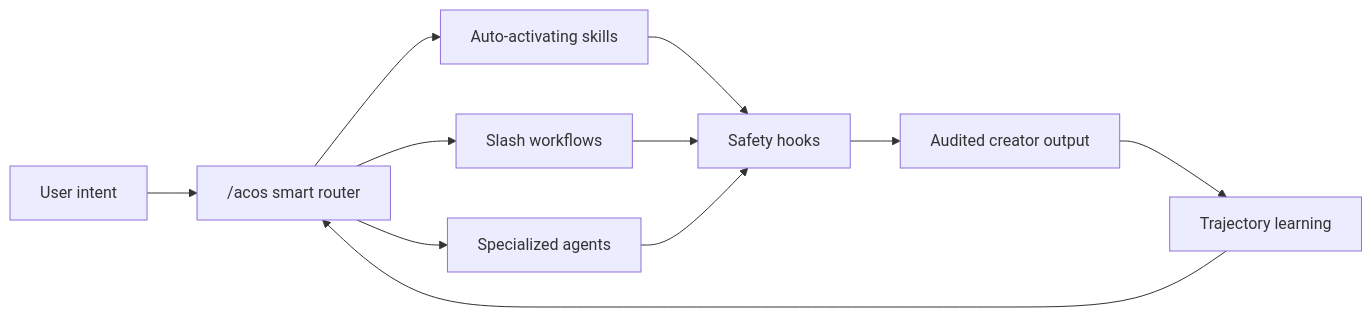
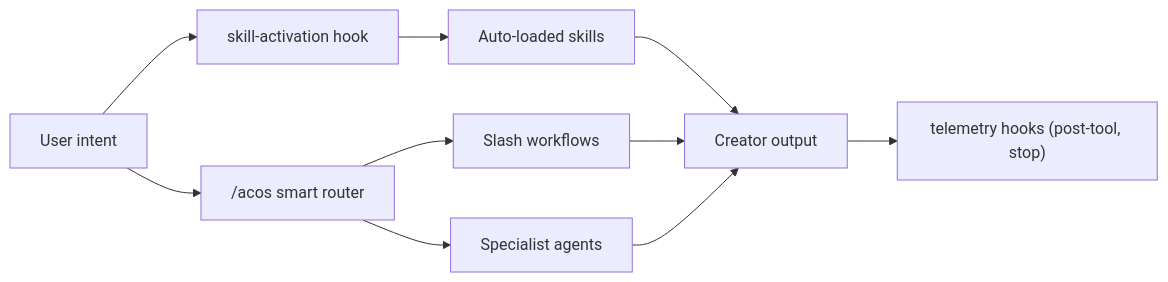
One commit to frankxai/agentic-creator-os changed the diagram in README.md. Above: the diagram before and after it, drawn with Mermaid. The commit also changed other lines of this file and 22 other files, not shown here.

````diff
--- a/README.md
+++ b/README.md
@@ -43,13 +86,12 @@
 ```mermaid
 flowchart LR
-  Intent["User intent"] --> Router["/acos smart router"]
-  Router --> Skills["Auto-activating skills"]
+  Intent["User intent"] --> Hook["skill-activation hook"]
+  Hook --> Skills["Auto-loaded skills"]
+  Intent --> Router["/acos smart router"]
   Router --> Commands["Slash workflows"]
-  Router --> Agents["Specialized agents"]
-  Skills --> Hooks["Safety hooks"]
-  Commands --> Hooks
-  Agents --> Hooks
-  Hooks --> Output["Audited creator output"]
-  Output --> Learning["Trajectory learning"]
-  Learning --> Router
+  Router --> Agents["Specialist agents"]
+  Skills --> Output["Creator output"]
+  Commands --> Output
+  Agents --> Output
+  Output --> Track["telemetry hooks (post-tool, stop)"]
 ```
````
